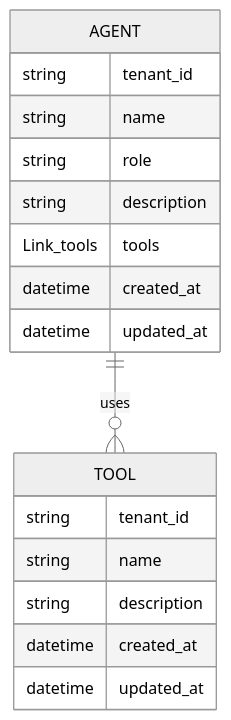
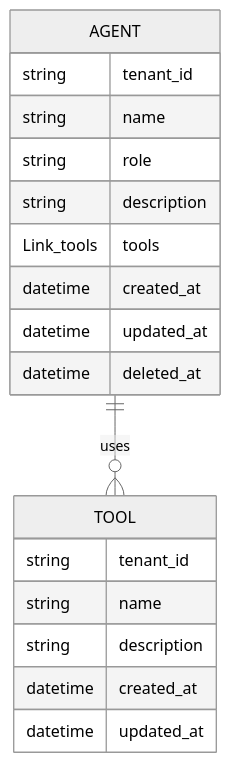
The fourth of 11 diagrams in docs/models_schemas_db.md (EladAriel/mini-agent-platform), drawn with Mermaid (neutral theme) before and after one commit. The commit also changed other lines of this file and 53 other files, not shown here.

````diff
--- a/docs/models_schemas_db.md
+++ b/docs/models_schemas_db.md
@@ -90,20 +95,21 @@
 ```mermaid
 erDiagram
     AGENT ||--o{ TOOL : uses
     AGENT {
         string tenant_id
         string name
         string role
         string description
         Link_tools tools
         datetime created_at
         datetime updated_at
+        datetime deleted_at
     }
     TOOL {
         string tenant_id
         string name
         string description
         datetime created_at
         datetime updated_at
     }
 ```
````
